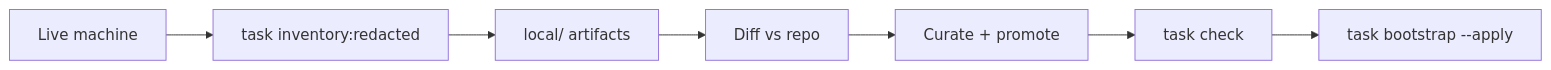
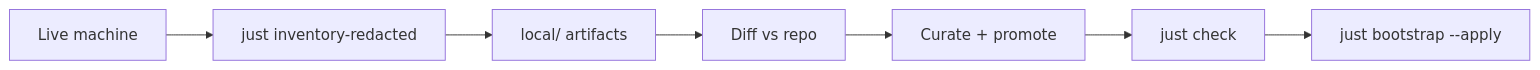
The diagram in docs/content/docs/ssot-workflow.mdx (wyattowalsh/dotfiles), drawn with Mermaid before and after one commit. The commit also changed other lines of this file and 43 other files, not shown here.

````diff
--- a/docs/content/docs/ssot-workflow.mdx
+++ b/docs/content/docs/ssot-workflow.mdx
@@ -10,9 +10,9 @@
 ```mermaid
 flowchart LR
-  A[Live machine] --> B[task inventory:redacted]
+  A[Live machine] --> B[just inventory-redacted]
   B --> C[local/ artifacts]
   C --> D[Diff vs repo]
   D --> E[Curate + promote]
-  E --> F[task check]
-  F --> G[task bootstrap --apply]
+  E --> F[just check]
+  F --> G[just bootstrap --apply]
 ```
````
